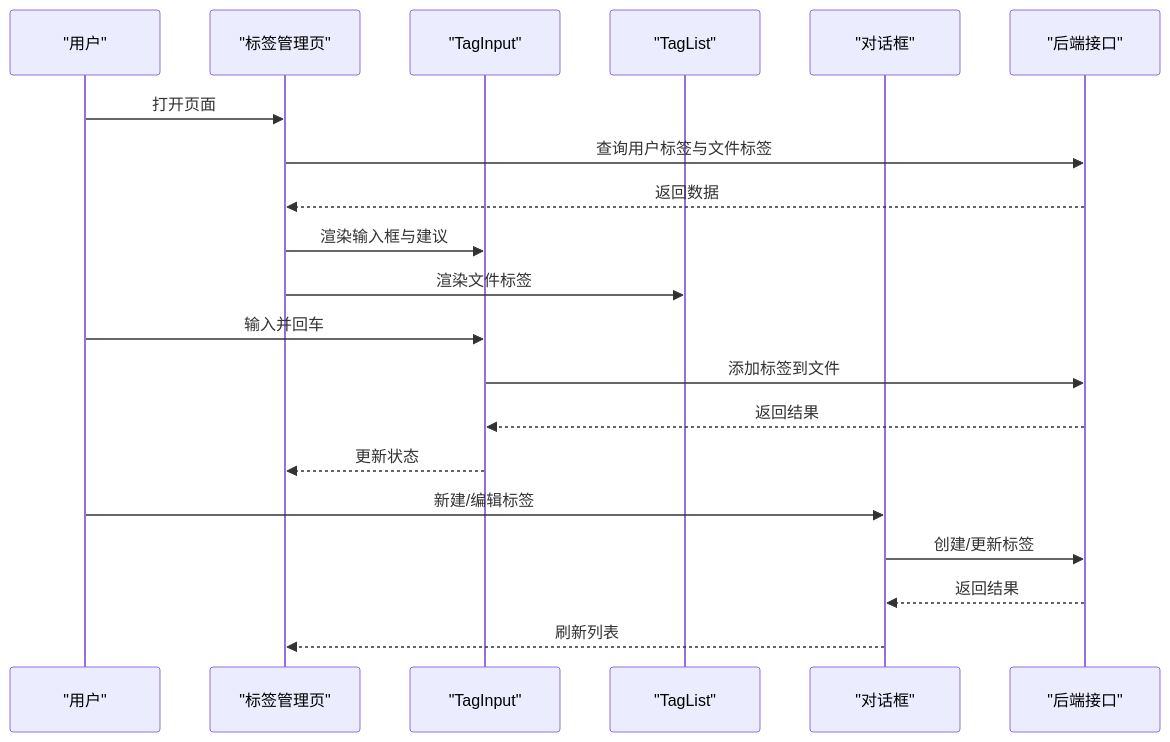
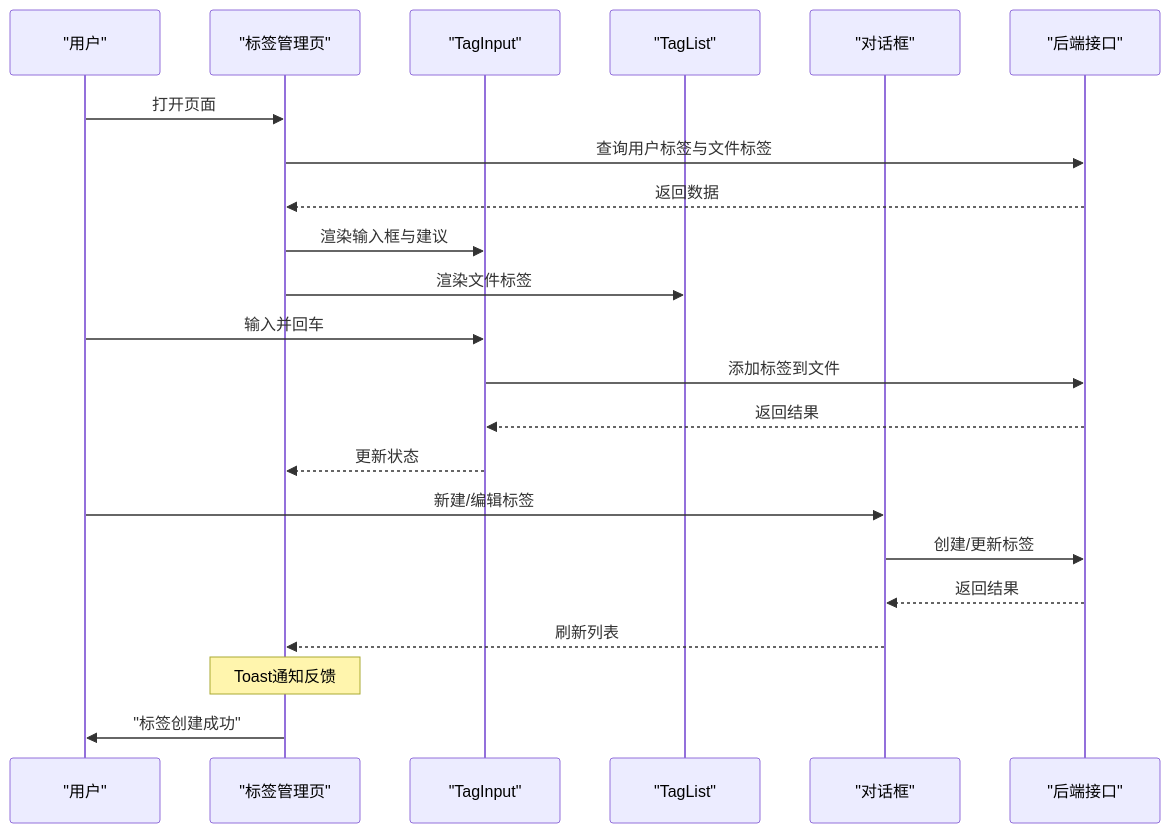
The seventh of 8 diagrams in .qoder/repowiki/zh/content/前端组件架构/UI 组件库/反馈组件.md (RadiumAg/image-saas), drawn with Mermaid before and after one commit. The commit also changed other lines of this file and 4 other files, not shown here.

````diff
--- a/.qoder/repowiki/zh/content/前端组件架构/UI 组件库/反馈组件.md
+++ b/.qoder/repowiki/zh/content/前端组件架构/UI 组件库/反馈组件.md
@@ -318,22 +383,24 @@
 ```mermaid
 sequenceDiagram
 participant U as "用户"
 participant TM as "标签管理页"
 participant TI as "TagInput"
 participant TL as "TagList"
 participant DLG as "对话框"
 participant API as "后端接口"
 U->>TM : 打开页面
 TM->>API : 查询用户标签与文件标签
 API-->>TM : 返回数据
 TM->>TI : 渲染输入框与建议
 TM->>TL : 渲染文件标签
 U->>TI : 输入并回车
 TI->>API : 添加标签到文件
 API-->>TI : 返回结果
 TI-->>TM : 更新状态
 U->>DLG : 新建/编辑标签
 DLG->>API : 创建/更新标签
 API-->>DLG : 返回结果
 DLG-->>TM : 刷新列表
+Note over TM : Toast通知反馈
+TM->>U : "标签创建成功"
 ```
````
